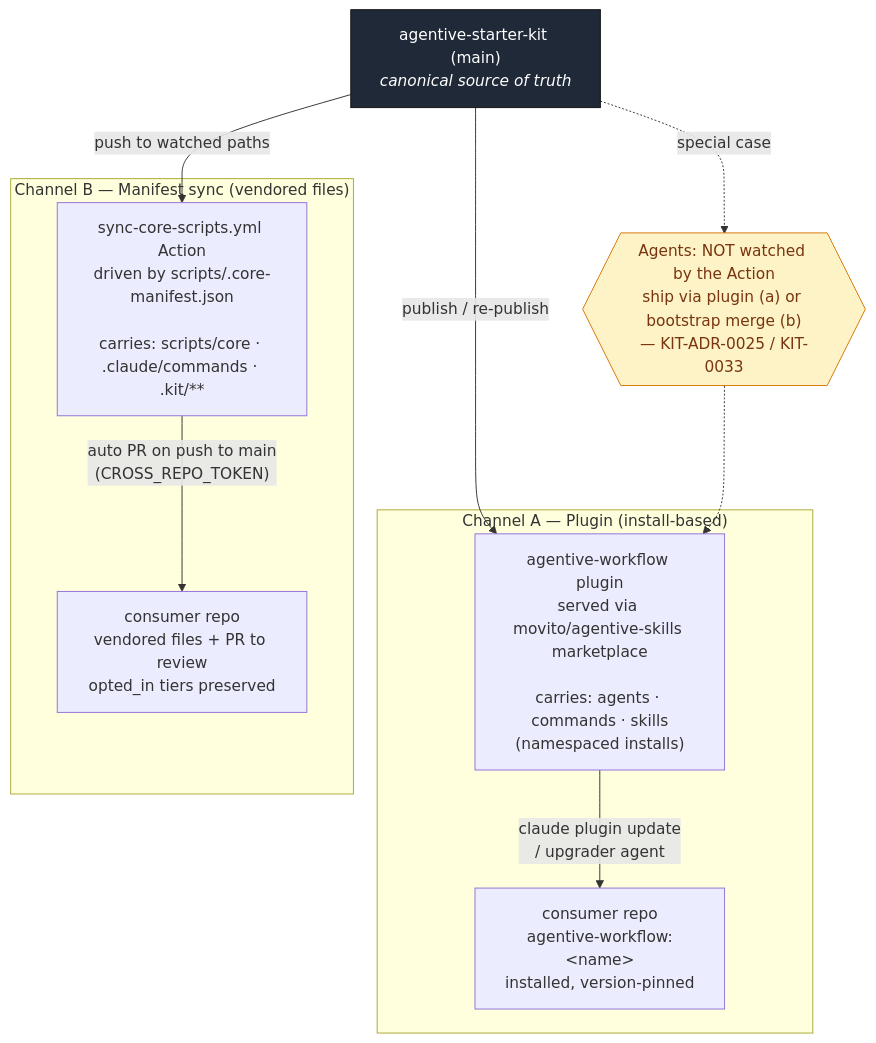
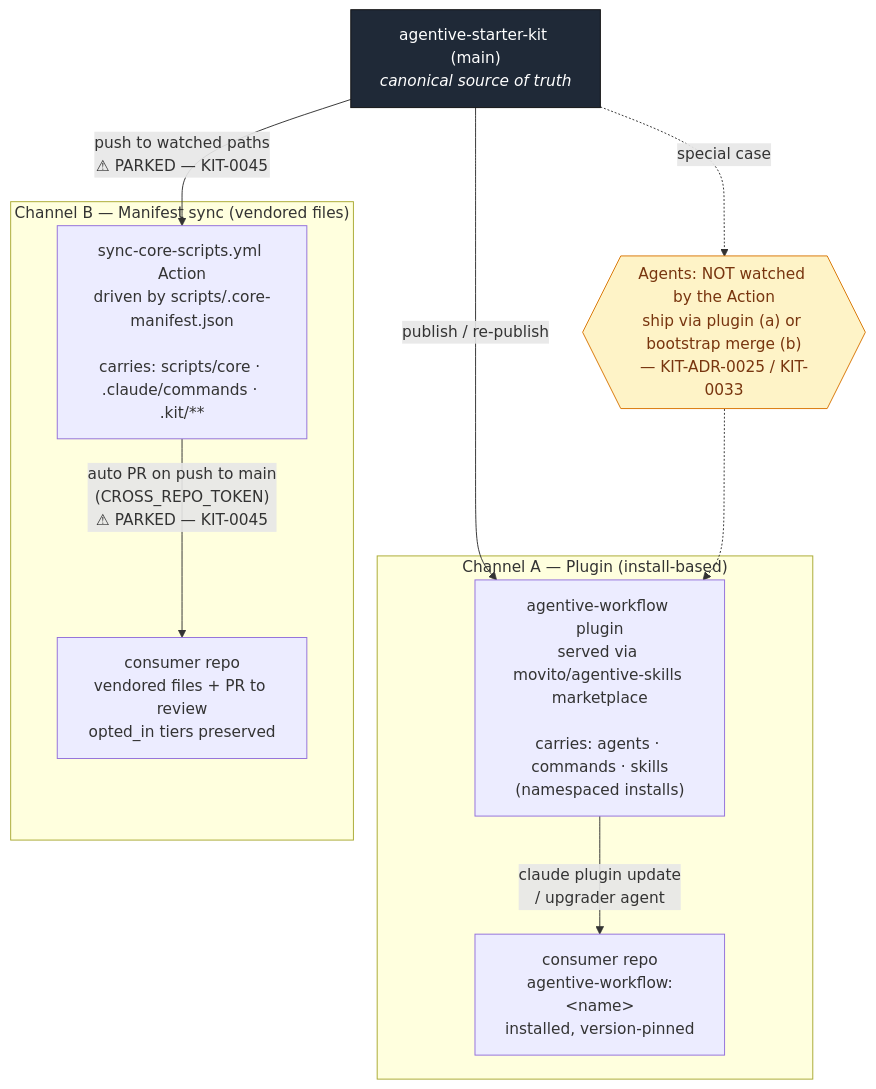
One commit to movito/agentive-starter-kit changed the diagram in docs/DISTRIBUTION-ARCHITECTURE.md. Above: the diagram before and after it, drawn with Mermaid. The commit also changed other lines of this file and 7 other files, not shown here.

````diff
--- a/docs/DISTRIBUTION-ARCHITECTURE.md
+++ b/docs/DISTRIBUTION-ARCHITECTURE.md
@@ -53,28 +57,28 @@
 ```mermaid
 flowchart TD
     SRC["agentive-starter-kit (main)<br/><i>canonical source of truth</i>"]
 
     subgraph A["Channel A — Plugin (install-based)"]
         PLUGIN["agentive-workflow plugin<br/>served via movito/agentive-skills marketplace<br/><br/>carries: agents · commands · skills<br/>(namespaced installs)"]
         CONSA["consumer repo<br/>agentive-workflow:&lt;name&gt;<br/>installed, version-pinned"]
         PLUGIN -->|"claude plugin update<br/>/ upgrader agent"| CONSA
     end
 
     subgraph B["Channel B — Manifest sync (vendored files)"]
         ACT["sync-core-scripts.yml Action<br/>driven by scripts/.core-manifest.json<br/><br/>carries: scripts/core · .claude/commands · .kit/**"]
         CONSB["consumer repo<br/>vendored files + PR to review<br/>opted_in tiers preserved"]
-        ACT -->|"auto PR on push to main<br/>(CROSS_REPO_TOKEN)"| CONSB
+        ACT -->|"auto PR on push to main<br/>(CROSS_REPO_TOKEN)<br/>⚠ PARKED — KIT-0045"| CONSB
     end
 
     SRC -->|"publish / re-publish"| PLUGIN
-    SRC -->|"push to watched paths"| ACT
+    SRC -->|"push to watched paths<br/>⚠ PARKED — KIT-0045"| ACT
 
     AGENTS{{"Agents: NOT watched by the Action<br/>ship via plugin (a) or bootstrap merge (b)<br/>— KIT-ADR-0025 / KIT-0033"}}
     SRC -.->|"special case"| AGENTS
     AGENTS -.-> PLUGIN
 
     classDef src fill:#1f2937,color:#fff,stroke:#111;
     classDef note fill:#fef3c7,color:#78350f,stroke:#d97706;
     class SRC src;
     class AGENTS note;
 ```
````
